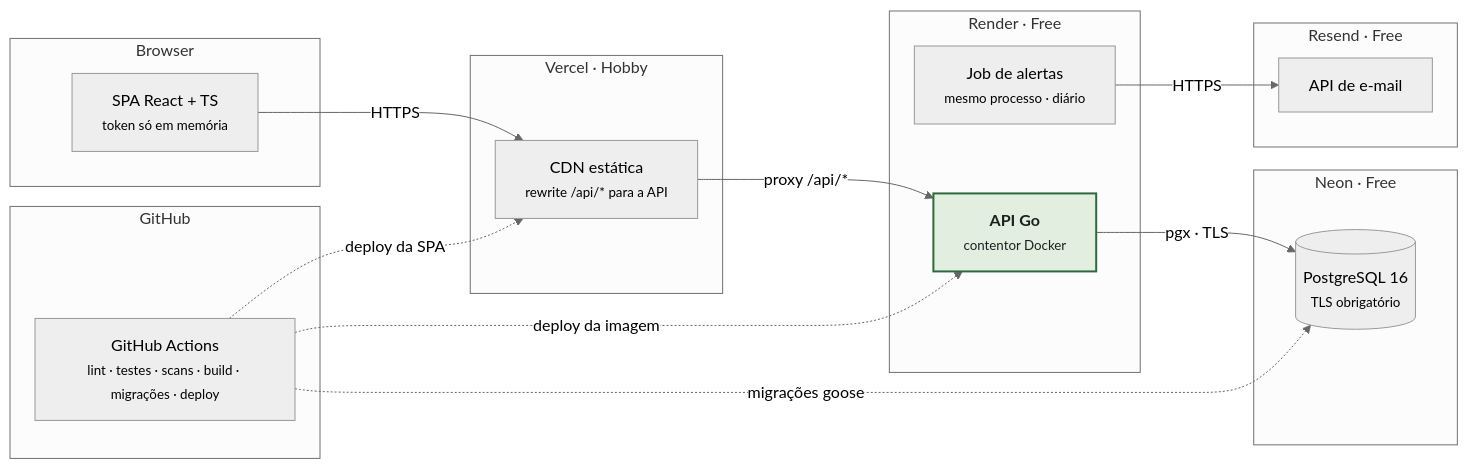
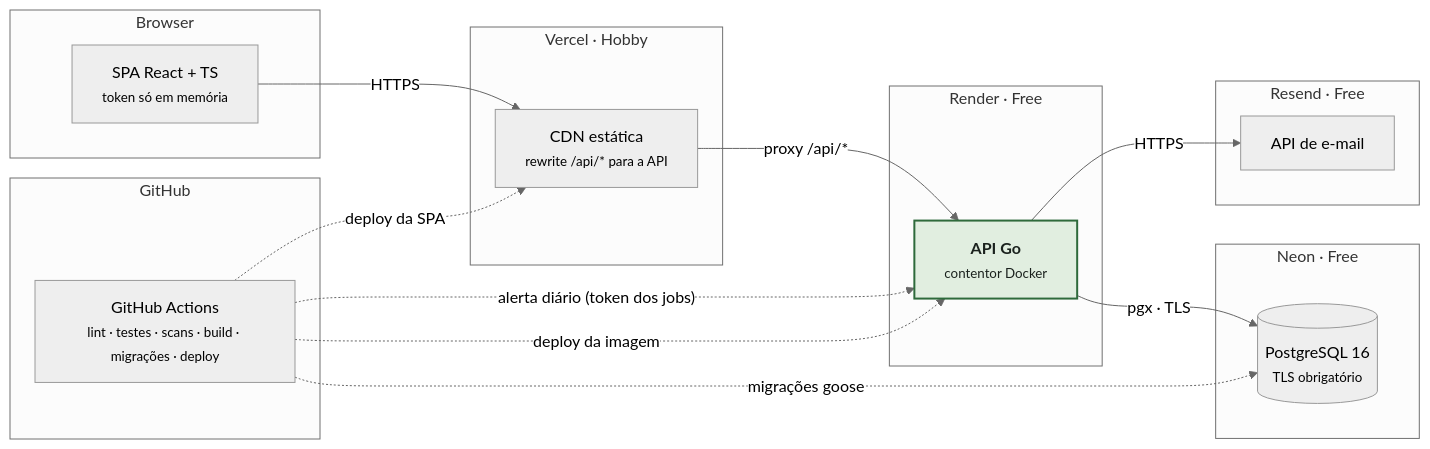
The second of 2 diagrams in docs/architecture/overview.md (VascoDuart/loja-da-quinta), drawn with Mermaid (neutral theme) before and after one commit. The commit also changed other lines of this file and 68 other files, not shown here.

````diff
--- a/docs/architecture/overview.md
+++ b/docs/architecture/overview.md
@@ -31,33 +31,33 @@
 ```mermaid
 flowchart LR
     subgraph B["Browser"]
         SPA["SPA React + TS<br/><small>token só em memória</small>"]
     end
     subgraph V["Vercel · Hobby"]
         CDN["CDN estática<br/><small>rewrite /api/* para a API</small>"]
     end
     subgraph R["Render · Free"]
         API["<b>API Go</b><br/><small>contentor Docker</small>"]
-        JOB["Job de alertas<br/><small>mesmo processo · diário</small>"]
     end
     subgraph N["Neon · Free"]
         PG[("PostgreSQL 16<br/><small>TLS obrigatório</small>")]
     end
     subgraph E["Resend · Free"]
         MAIL["API de e-mail"]
     end
     subgraph GH["GitHub"]
         CI["GitHub Actions<br/><small>lint · testes · scans · build · migrações · deploy</small>"]
     end
 
     SPA -- "HTTPS" --> CDN
     CDN -- "proxy /api/*" --> API
     API -- "pgx · TLS" --> PG
-    JOB -- "HTTPS" --> MAIL
+    API -- "HTTPS" --> MAIL
+    CI -. "alerta diário (token dos jobs)" .-> API
     CI -. "deploy da SPA" .-> CDN
     CI -. "deploy da imagem" .-> API
     CI -. "migrações goose" .-> PG
 
     classDef main fill:#e1eee0,stroke:#2e6a3b,stroke-width:2px,color:#1b221e
     class API main
 ```
````
